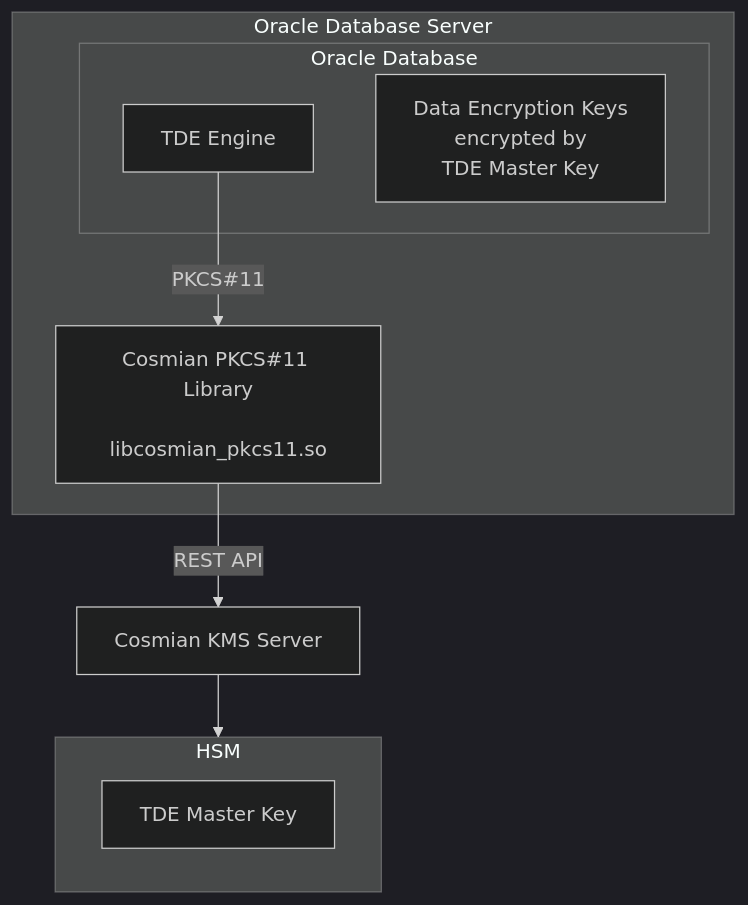
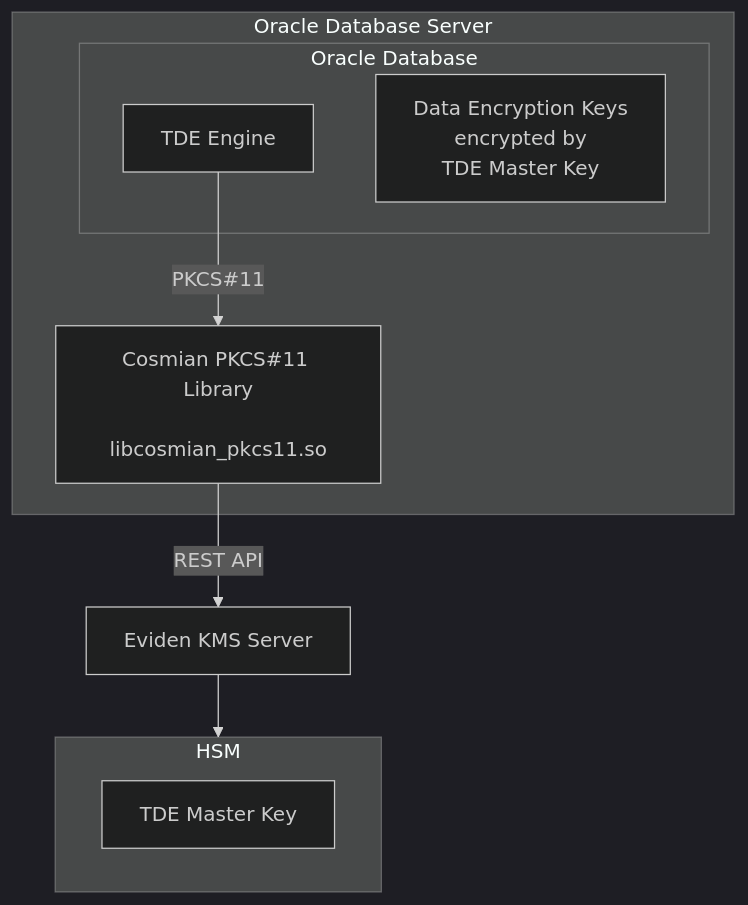
The second of 2 diagrams in documentation/docs/integrations/databases/oracle_tde.md (Cosmian/kms), drawn with Mermaid (dark theme) before and after one commit. The commit also changed other lines of this file and 79 other files, not shown here.

````diff
--- a/documentation/docs/integrations/databases/oracle_tde.md
+++ b/documentation/docs/integrations/databases/oracle_tde.md
@@ -112,19 +112,19 @@
 ```mermaid
 graph TD
     subgraph oracle_server[Oracle Database Server]
         subgraph oracle_db[Oracle Database]
             tde_engine[TDE Engine]
             dek[Data Encryption Keys
             encrypted by
             TDE Master Key]
         end
         pkcs11[Cosmian PKCS#11 Library
         libcosmian_pkcs11.so]
     end
     tde_engine -- PKCS#11 --> pkcs11
-    pkcs11 -- REST API --> KMS[Cosmian KMS Server]
+    pkcs11 -- REST API --> KMS[Eviden KMS Server]
     KMS --> HSM
     subgraph HSM[HSM]
         master_key[TDE Master Key]
     end
 ```
````
